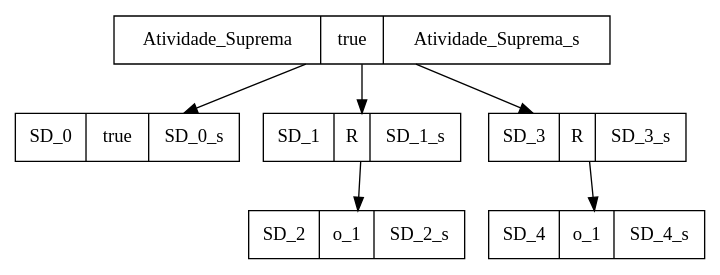
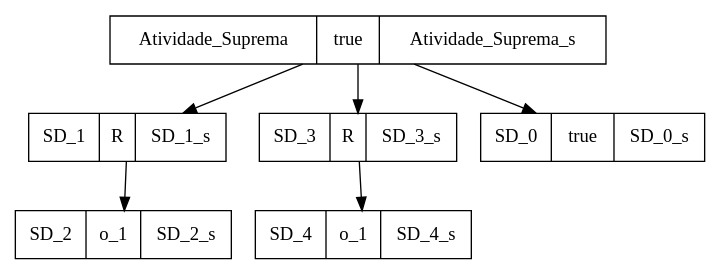
One commit to SPLMC/spl-generator changed the diagram in src/results_joao/3/rdg_rdg.dot. Above: the diagram before and after it, drawn with Graphviz. The commit also changed other lines of this file and 34 other files, not shown here.

```diff
--- a/src/results_joao/3/rdg_rdg.dot
+++ b/src/results_joao/3/rdg_rdg.dot
@@ -1,13 +1,13 @@
 digraph graphname {
 Atividade_Suprema[shape=record, label="{{Atividade_Suprema|true|Atividade_Suprema_s}}"];
-SD_0[shape=record, label="{{SD_0|true|SD_0_s}}"];
 SD_1[shape=record, label="{{SD_1|R|SD_1_s}}"];
 SD_2[shape=record, label="{{SD_2|o_1|SD_2_s}}"];
 SD_3[shape=record, label="{{SD_3|R|SD_3_s}}"];
 SD_4[shape=record, label="{{SD_4|o_1|SD_4_s}}"];
-Atividade_Suprema -> SD_0;
+SD_0[shape=record, label="{{SD_0|true|SD_0_s}}"];
 Atividade_Suprema -> SD_1;
 SD_1 -> SD_2;
 Atividade_Suprema -> SD_3;
 SD_3 -> SD_4;
+Atividade_Suprema -> SD_0;
 }
```
